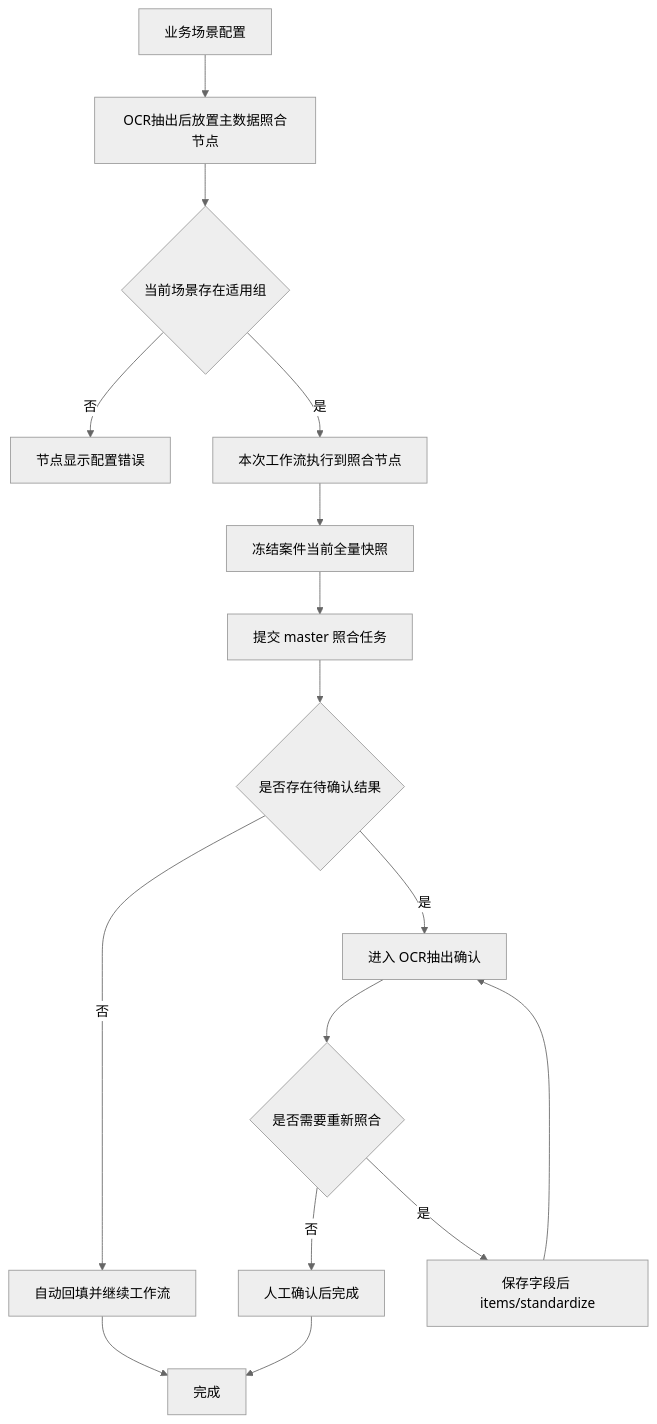
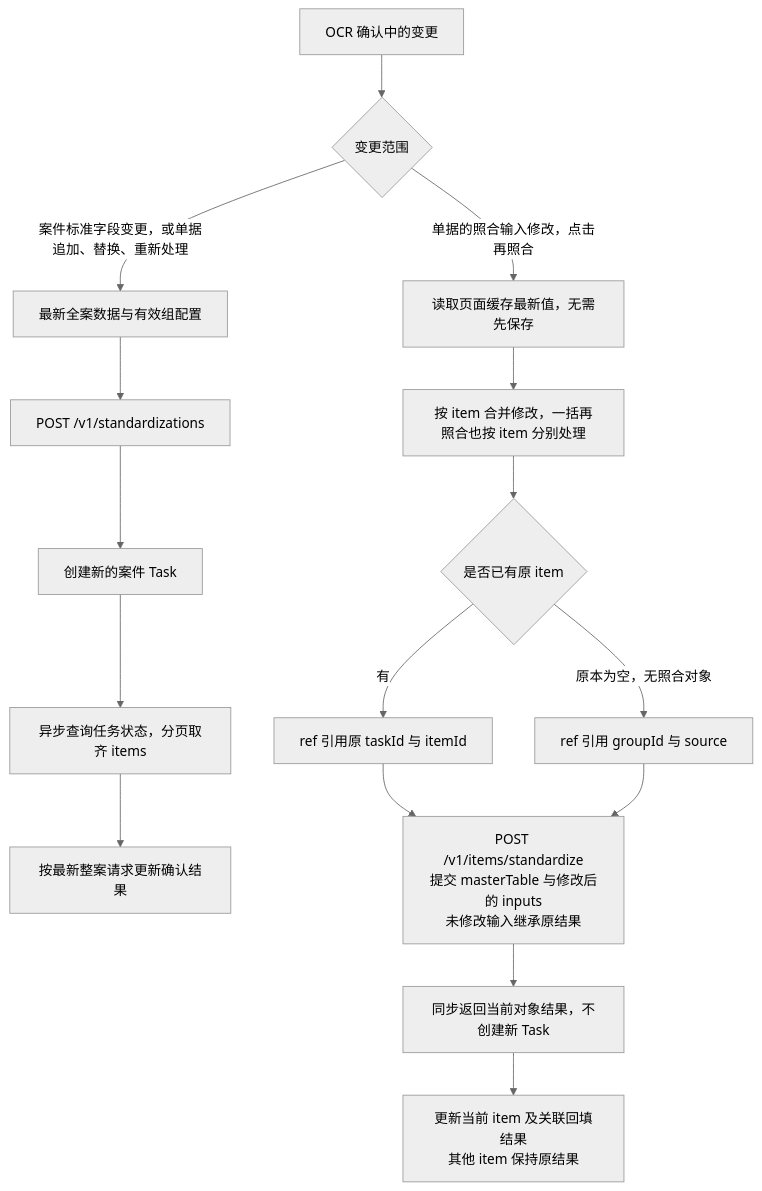
Before and after one commit to aruirage/IDP-Ph4-Master-Demo-PRD: the third of 3 diagrams in PRD.zh-CN.md, drawn with Mermaid (neutral theme). The commit also changed other lines of this file and 26 other files, not shown here.

````diff
--- a/PRD.zh-CN.md
+++ b/PRD.zh-CN.md
@@ -1068,18 +186,21 @@
 ```mermaid
 flowchart TD
-    A[业务场景配置] --> B[OCR抽出后放置主数据照合节点]
-    B --> C{当前场景存在适用组}
-    C -->|否| D[节点显示配置错误]
-    C -->|是| E[本次工作流执行到照合节点]
-    E --> F[冻结案件当前全量快照]
-    F --> G[提交 master 照合任务]
-    G --> H{是否存在待确认结果}
-    H -->|否| I[自动回填并继续工作流]
-    H -->|是| J[进入 OCR抽出确认]
-    J --> K{是否需要重新照合}
-    K -->|否| L[人工确认后完成]
-    K -->|是| M[保存字段后 items/standardize]
-    M --> J
-    L --> Z[完成]
-    I --> Z[完成]
+    A["OCR 确认中的变更"] --> B{"变更范围"}
+    B -->|案件标准字段变更，或单据追加、替换、重新处理| C["最新全案数据与有效组配置"]
+    C --> D["POST /v1/standardizations"]
+    D --> E["创建新的案件 Task"]
+    E --> F["异步查询任务状态，分页取齐 items"]
+    F --> G["按最新整案请求更新确认结果"]
+    B -->|单据的照合输入修改，点击再照合| H["读取页面缓存最新值，无需先保存"]
+    H --> I["按 item 合并修改，一括再照合也按 item 分别处理"]
+    I --> J{"是否已有原 item"}
+    J -->|有| K["ref 引用原 taskId 与 itemId"]
+    J -->|原本为空，无照合对象| L["ref 引用 groupId 与 source"]
+    K --> M["POST /v1/items/standardize
+提交 masterTable 与修改后的 inputs
+未修改输入继承原结果"]
+    L --> M
+    M --> N["同步返回当前对象结果，不创建新 Task"]
+    N --> O["更新当前 item 及关联回填结果
+其他 item 保持原结果"]
 ```
````
